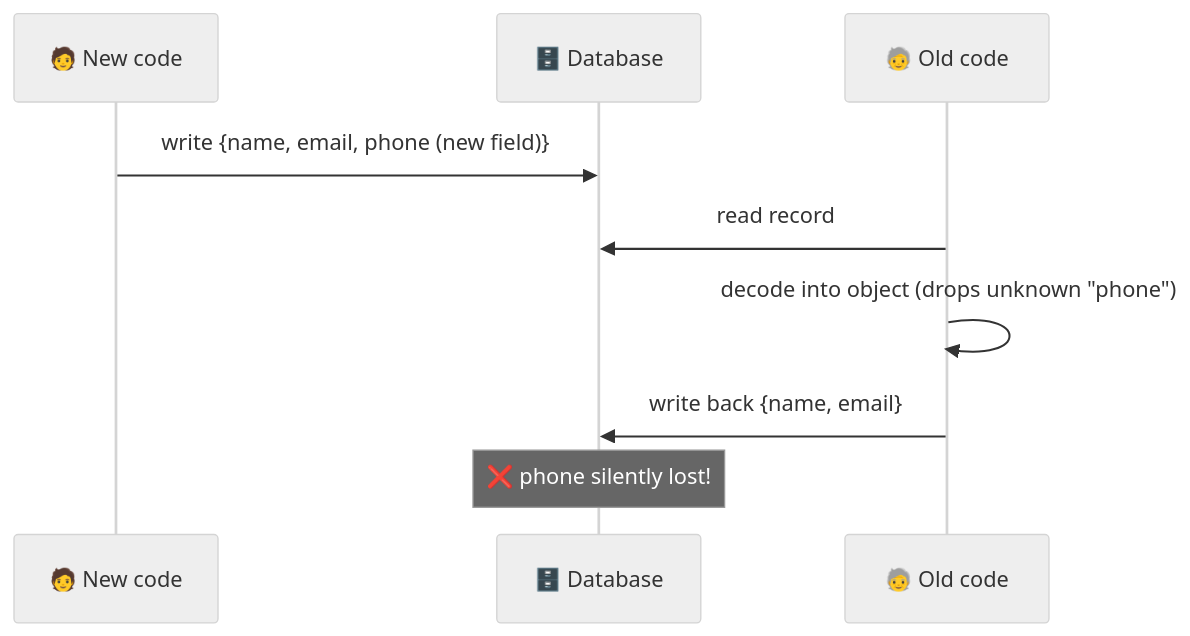
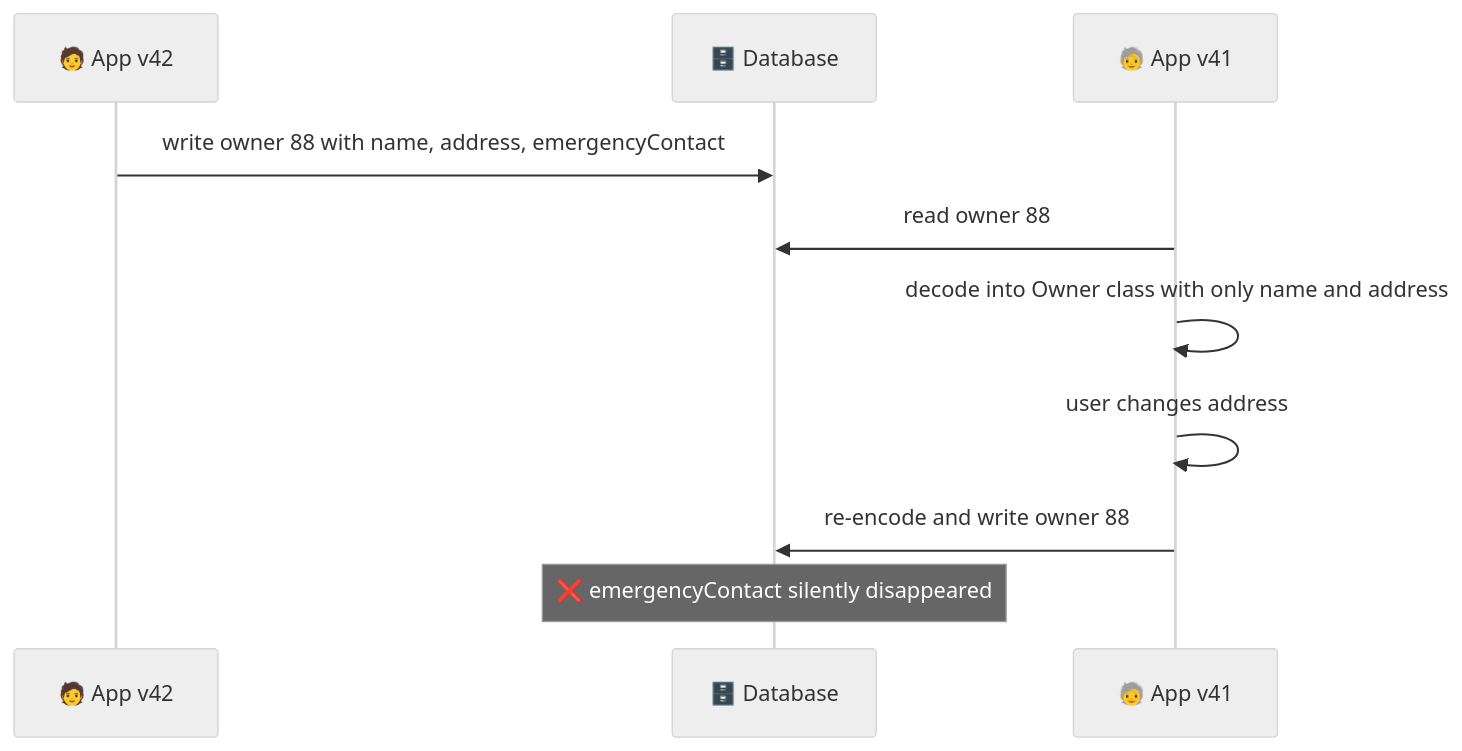
Diagram 19 of 28 in docs/chapters/part-1/04-encoding-evolution.mdx (pratikguru998/ddia-book), drawn with Mermaid (neutral theme) before and after one commit. The commit also changed other lines of this file and 13 other files, not shown here.

Commit message:
Expand all 12 chapters: every book subsection, deeper notes, ~320 diagrams

````diff
--- a/docs/chapters/part-1/04-encoding-evolution.mdx
+++ b/docs/chapters/part-1/04-encoding-evolution.mdx
@@ -141,11 +728,12 @@
 ```mermaid
 sequenceDiagram
-  participant New as 🧑 New code
+  participant N as 🧑 App v42
   participant DB as 🗄️ Database
-  participant Old as 🧓 Old code
-  New->>DB: write {name, email, phone (new field)}
-  Old->>DB: read record
-  Old->>Old: decode into object (drops unknown "phone")
-  Old->>DB: write back {name, email}
-  Note over DB: ❌ phone silently lost!
+  participant O as 🧓 App v41
+  N->>DB: write owner 88 with name, address, emergencyContact
+  O->>DB: read owner 88
+  O->>O: decode into Owner class with only name and address
+  O->>O: user changes address
+  O->>DB: re-encode and write owner 88
+  Note over DB: ❌ emergencyContact silently disappeared
 ```
````
